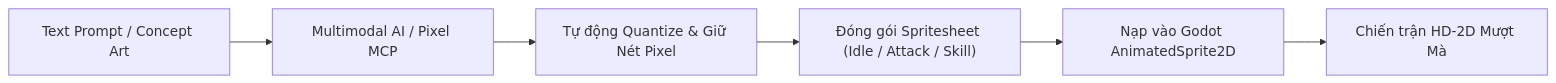
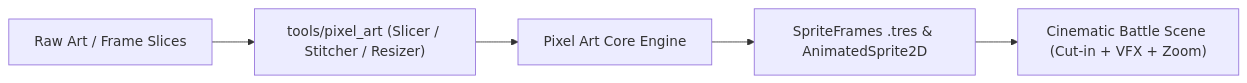
The diagram in plans/ke_hoach_nang_cap_pixel_art_animation.md (zonhanoz09/tamquoc3d), drawn with Mermaid before and after one commit. The commit also changed other lines of this file and 5 other files, not shown here.

Commit message:
feat(battle): integrate super move cut-in cinematic, elemental sfx, and update formation plan

````diff
--- a/plans/ke_hoach_nang_cap_pixel_art_animation.md
+++ b/plans/ke_hoach_nang_cap_pixel_art_animation.md
@@ -42,8 +38,7 @@
 ```mermaid
 flowchart LR
-    A["Text Prompt / Concept Art"] --> B["Multimodal AI / Pixel MCP"]
-    B --> C["Tự động Quantize & Giữ Nét Pixel"]
-    C --> D["Đóng gói Spritesheet (Idle / Attack / Skill)"]
-    D --> E["Nạp vào Godot AnimatedSprite2D"]
-    E --> F["Chiến trận HD-2D Mượt Mà"]
+    A["Raw Art / Frame Slices"] --> B["tools/pixel_art (Slicer / Stitcher / Resizer)"]
+    B --> C["Pixel Art Core Engine"]
+    C --> D["SpriteFrames .tres & AnimatedSprite2D"]
+    D --> E["Cinematic Battle Scene (Cut-in + VFX + Zoom)"]
 ```
````
